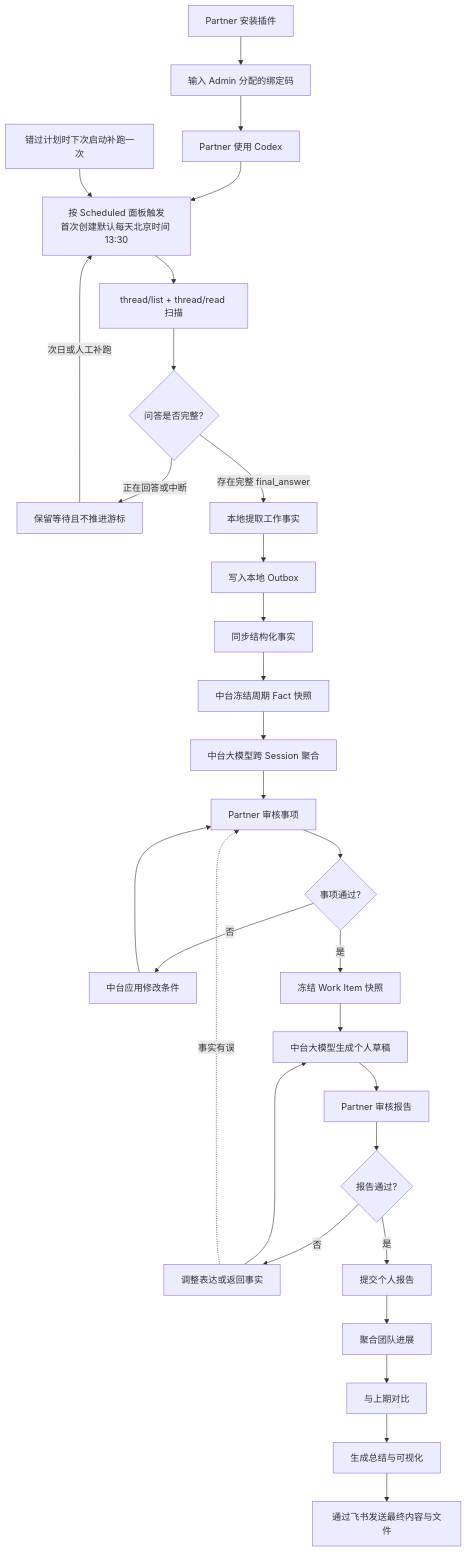
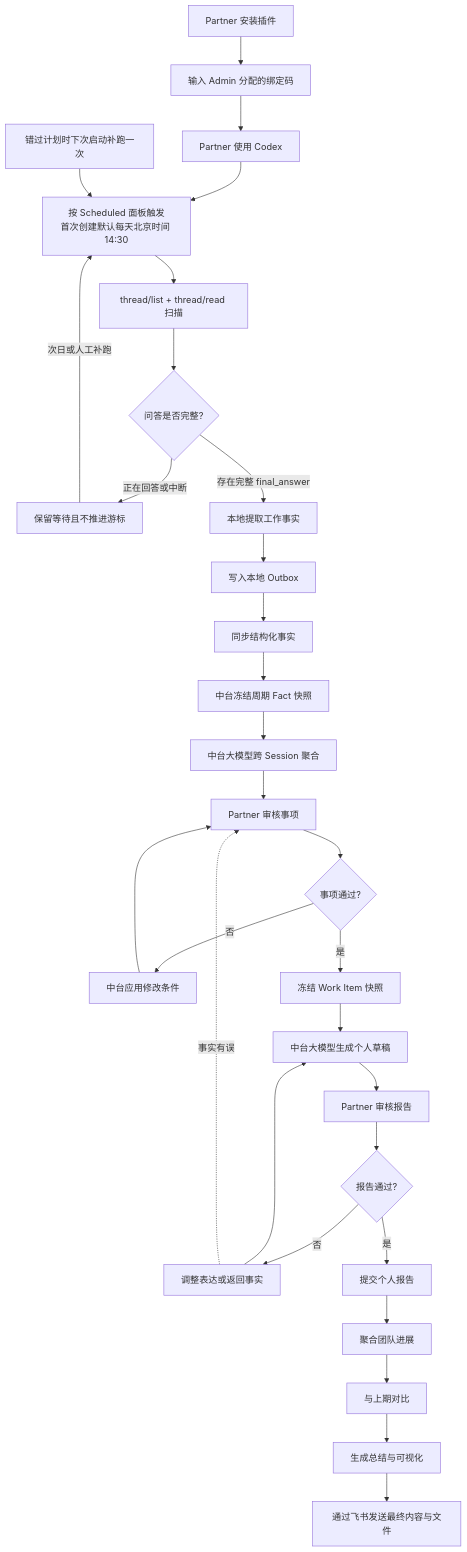
The first of 2 diagrams in docs/PRD.md (saul-LinY/partner-report-agent), drawn with Mermaid before and after one commit. The commit also changed other lines of this file and 10 other files, not shown here.

````diff
--- a/docs/PRD.md
+++ b/docs/PRD.md
@@ -301,42 +303,42 @@
 ```mermaid
 flowchart TD
     install[Partner 安装插件]
     bind[输入 Admin 分配的绑定码]
     session[Partner 使用 Codex]
-    dailyRun[按 Scheduled 面板触发<br/>首次创建默认每天北京时间 13:30]
+    dailyRun[按 Scheduled 面板触发<br/>首次创建默认每天北京时间 14:30]
     scheduledScan[thread/list + thread/read 扫描]
     completeTurn{问答是否完整?}
     pendingTurn[保留等待且不推进游标]
     catchup[错过计划时下次启动补跑一次]
     queue[写入本地 Outbox]
     extract[本地提取工作事实]
     sync[同步结构化事实]
     cutoffSnapshot[中台冻结周期 Fact 快照]
     aggregate[中台大模型跨 Session 聚合]
     itemReview[Partner 审核事项]
     itemApproved{事项通过?}
     itemModify[中台应用修改条件]
     itemSnapshot[冻结 Work Item 快照]
     reportDraft[中台大模型生成个人草稿]
     reportReview[Partner 审核报告]
     reportApproved{报告通过?}
     reportModify[调整表达或返回事实]
     submit[提交个人报告]
     teamAggregate[聚合团队进展]
     compare[与上期对比]
     teamReport[生成总结与可视化]
     deliver[通过飞书发送最终内容与文件]
 
     install --> bind --> session
     session --> dailyRun --> scheduledScan --> completeTurn
     catchup --> dailyRun
     completeTurn -->|正在回答或中断| pendingTurn
     pendingTurn -->|次日或人工补跑| dailyRun
     completeTurn -->|存在完整 final_answer| extract --> queue --> sync --> cutoffSnapshot --> aggregate
     aggregate --> itemReview --> itemApproved
     itemApproved -->|否| itemModify --> itemReview
     itemApproved -->|是| itemSnapshot --> reportDraft --> reportReview --> reportApproved
     reportApproved -->|否| reportModify --> reportDraft
     reportModify -.->|事实有误| itemReview
     reportApproved -->|是| submit --> teamAggregate --> compare --> teamReport --> deliver
 ```
````
